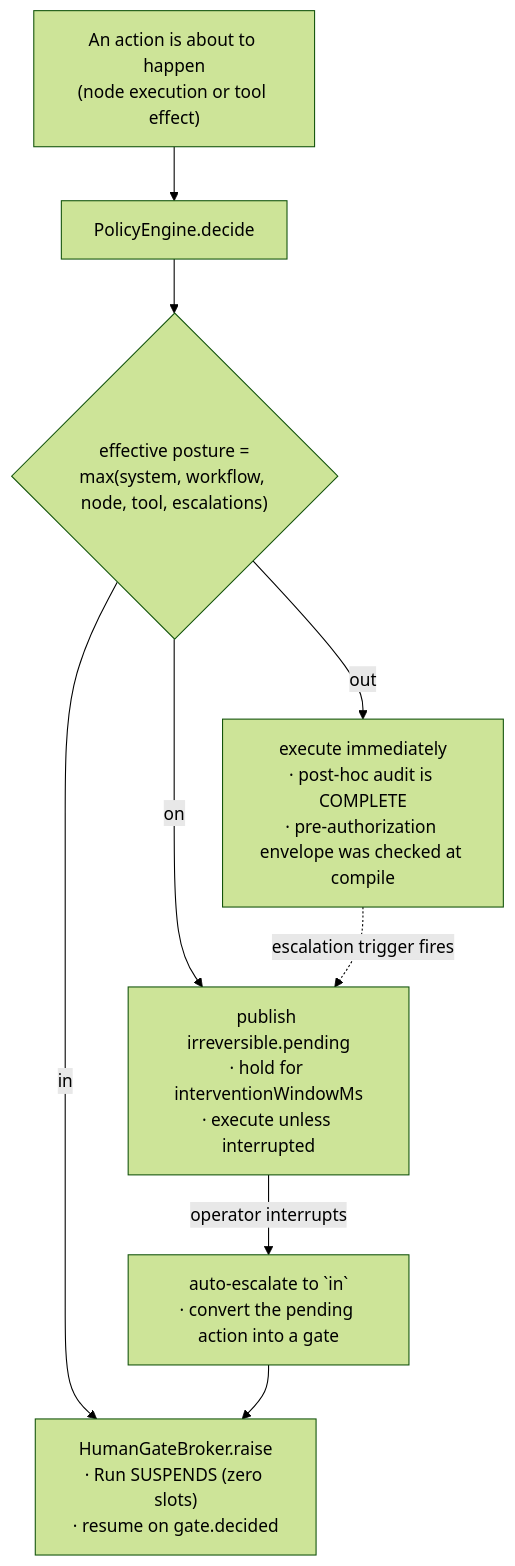
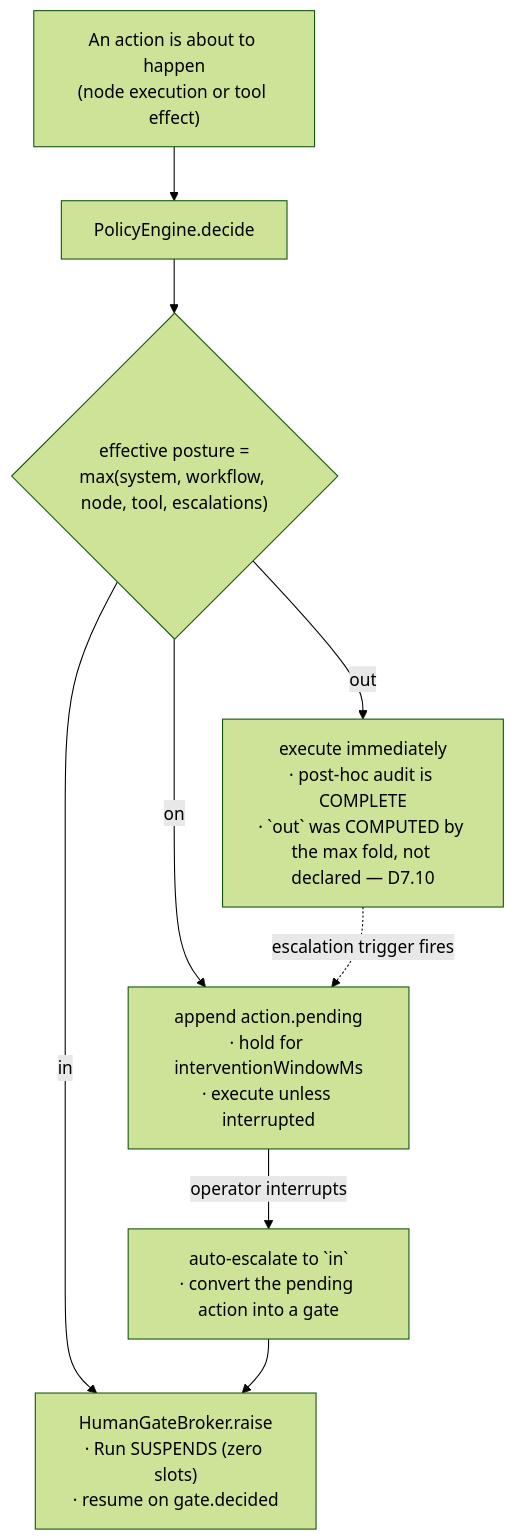
Before and after one commit to caohaotiantian/EAgent: the first of 5 diagrams in design/loom/04-OVERSIGHT.md, drawn with Mermaid (forest theme). The commit also changed other lines of this file and 14 other files, not shown here.

````diff
--- a/design/loom/04-OVERSIGHT.md
+++ b/design/loom/04-OVERSIGHT.md
@@ -11,11 +11,11 @@
 ```mermaid
 graph TB
   ACT["An action is about to happen<br/>(node execution or tool effect)"] --> PE["PolicyEngine.decide"]
   PE --> P{"effective posture =<br/>max(system, workflow, node, tool, escalations)"}
-  P -->|"out"| GO["execute immediately<br/>· post-hoc audit is COMPLETE<br/>· pre-authorization envelope was checked at compile"]
-  P -->|"on"| WIN["publish irreversible.pending<br/>· hold for interventionWindowMs<br/>· execute unless interrupted"]
+  P -->|"out"| GO["execute immediately<br/>· post-hoc audit is COMPLETE<br/>· `out` was COMPUTED by the max fold, not declared — D7.10"]
+  P -->|"on"| WIN["append action.pending<br/>· hold for interventionWindowMs<br/>· execute unless interrupted"]
   P -->|"in"| GATE["HumanGateBroker.raise<br/>· Run SUSPENDS (zero slots)<br/>· resume on gate.decided"]
   WIN -->|"operator interrupts"| ESC["auto-escalate to `in`<br/>· convert the pending action into a gate"]
   ESC --> GATE
   GO -.->|"escalation trigger fires"| WIN
 ```
````
